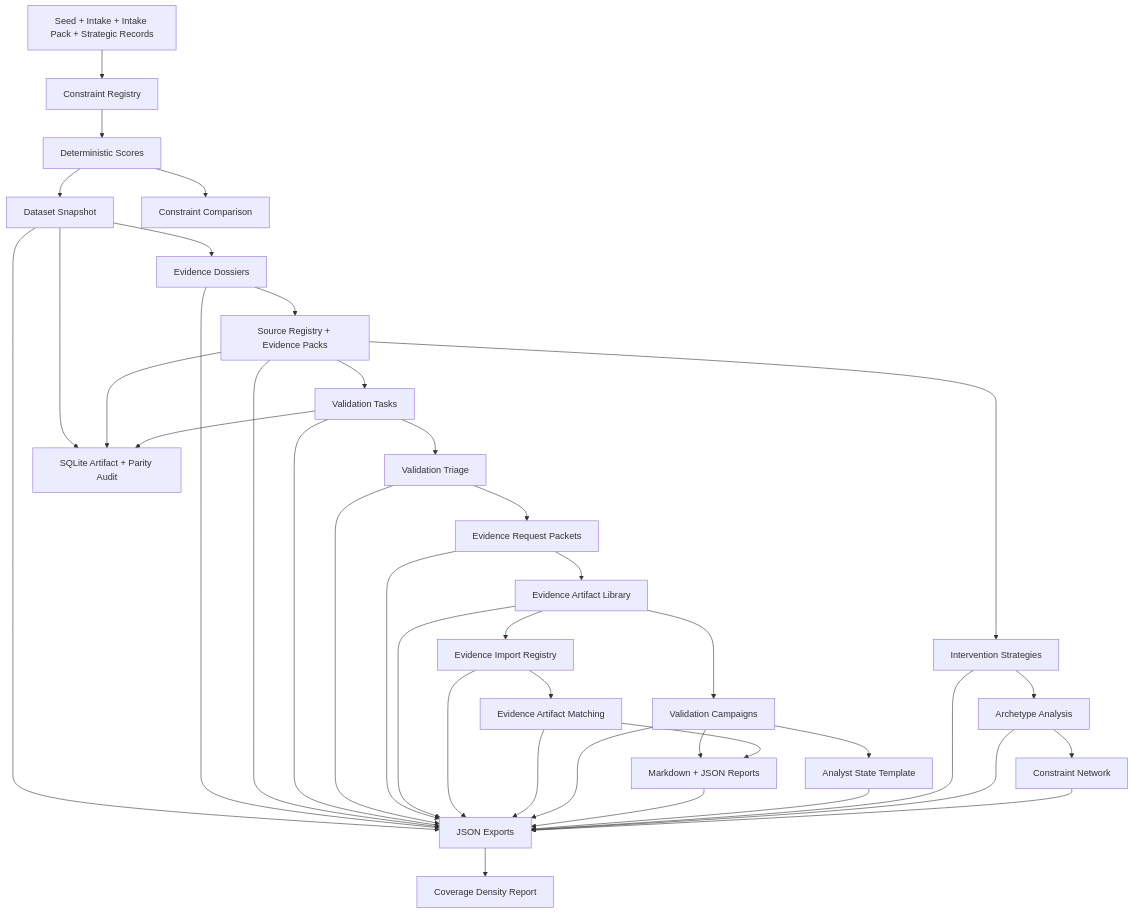
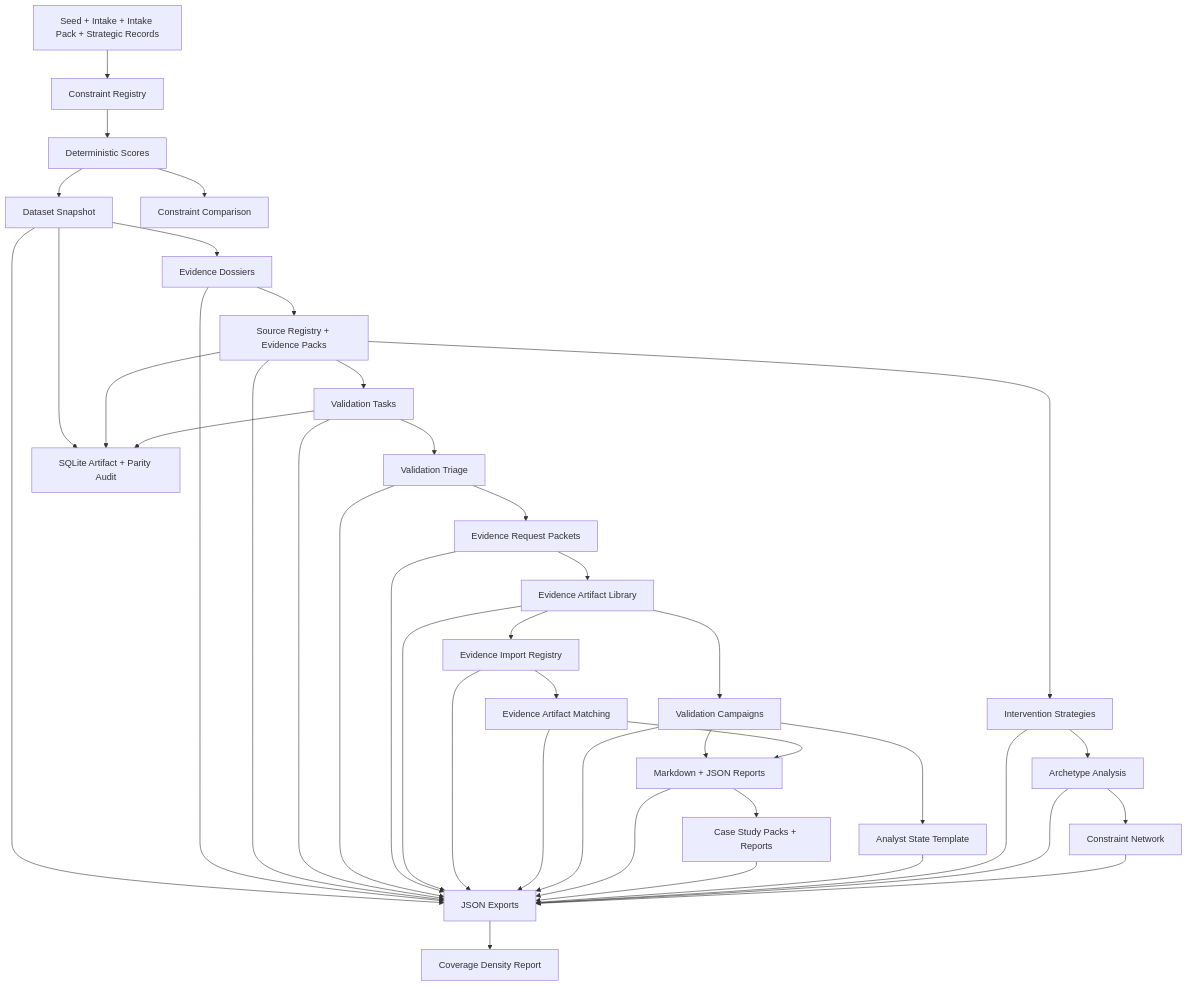
One commit to EtherTabu/economic-x-ray-vision changed the diagram in docs/DATA_PIPELINE.md. Above: the diagram before and after it, drawn with Mermaid. The commit also changed other lines of this file and 12 other files, not shown here.

Commit message:
Add case study evidence request pack

````diff
--- a/docs/DATA_PIPELINE.md
+++ b/docs/DATA_PIPELINE.md
@@ -37,41 +37,43 @@
 ```mermaid
 flowchart TD
   A["Seed + Intake + Intake Pack + Strategic Records"] --> B["Constraint Registry"]
   B --> C["Deterministic Scores"]
   C --> D["Dataset Snapshot"]
   D --> E["Evidence Dossiers"]
   E --> F["Source Registry + Evidence Packs"]
   F --> G["Validation Tasks"]
   G --> H["Validation Triage"]
   H --> I["Evidence Request Packets"]
   I --> Q["Evidence Artifact Library"]
   Q --> T["Evidence Import Registry"]
   T --> U["Evidence Artifact Matching"]
   Q --> J["Validation Campaigns"]
   J --> R["Analyst State Template"]
   J --> V["Markdown + JSON Reports"]
   U --> V
+  V --> W["Case Study Packs + Reports"]
   F --> K["Intervention Strategies"]
   K --> L["Archetype Analysis"]
   L --> M["Constraint Network"]
   C --> N["Constraint Comparison"]
   D --> O["SQLite Artifact + Parity Audit"]
   F --> O
   G --> O
   D --> P["JSON Exports"]
   E --> P
   F --> P
   G --> P
   H --> P
   I --> P
   Q --> P
   T --> P
   U --> P
   J --> P
   V --> P
+  W --> P
   R --> P
   K --> P
   L --> P
   M --> P
   P --> S["Coverage Density Report"]
 ```
````
